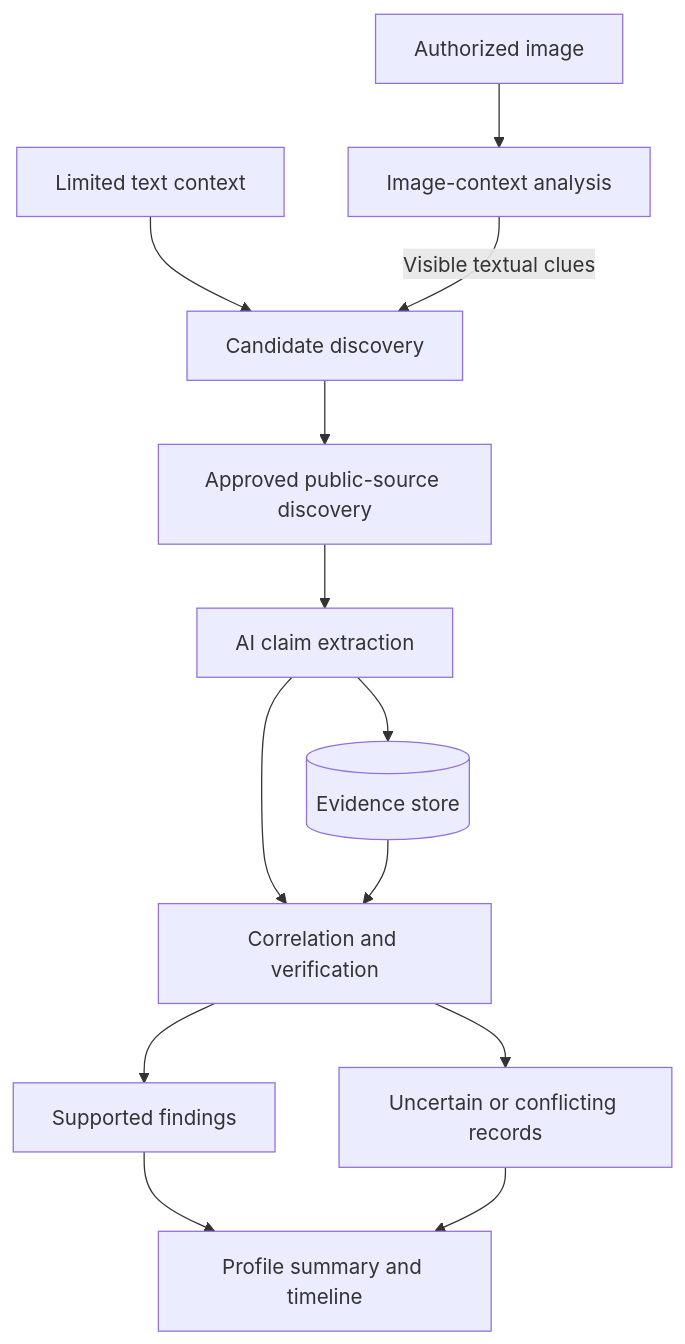
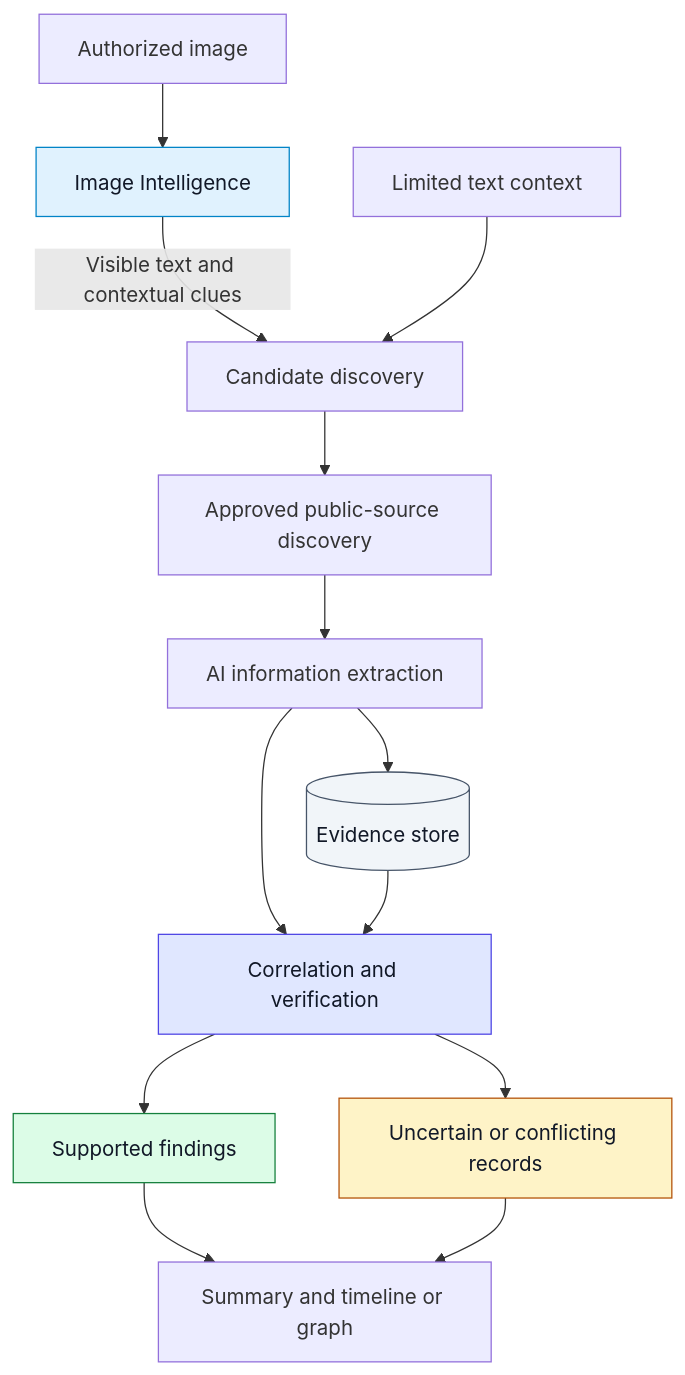
One commit to sdheeraj4/Temporal_Nexus changed the second of 2 diagrams in README.md. Above: the diagram before and after it, drawn with Mermaid. The commit also changed other lines of this file, not shown here.

````diff
--- a/README.md
+++ b/README.md
@@ -72,15 +89,21 @@
 ```mermaid
 flowchart TD
-    A["Authorized image"] --> C["Image-context analysis"]
-    B["Limited text context"] --> D["Candidate discovery"]
-    C -->|"Visible textual clues"| D
+    A["Authorized image"] --> B["Image Intelligence"]
+    B -->|"Visible text and contextual clues"| D["Candidate discovery"]
+    C["Limited text context"] --> D
     D --> E["Approved public-source discovery"]
-    E --> F["AI claim extraction"]
-    F --> G["Correlation and verification"]
-    F --> H[("Evidence store")]
-    H --> G
-    G --> I["Supported findings"]
-    G --> J["Uncertain or conflicting records"]
-    I --> K["Profile summary and timeline"]
+    E --> F["AI information extraction"]
+    F --> G[("Evidence store")]
+    F --> H["Correlation and verification"]
+    G --> H
+    H --> I["Supported findings"]
+    H --> J["Uncertain or conflicting records"]
+    I --> K["Summary and timeline or graph"]
     J --> K
+
+    style B fill:#e0f2fe,stroke:#0284c7,color:#111827
+    style H fill:#e0e7ff,stroke:#4f46e5,color:#111827
+    style G fill:#f1f5f9,stroke:#475569,color:#111827
+    style I fill:#dcfce7,stroke:#15803d,color:#111827
+    style J fill:#fef3c7,stroke:#b45309,color:#111827
 ```
````
